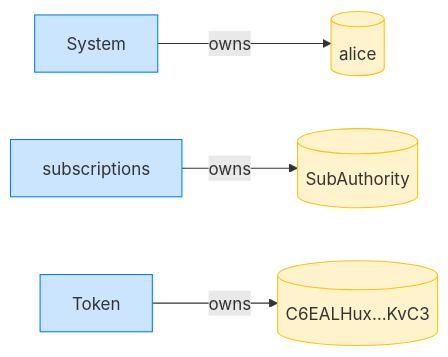
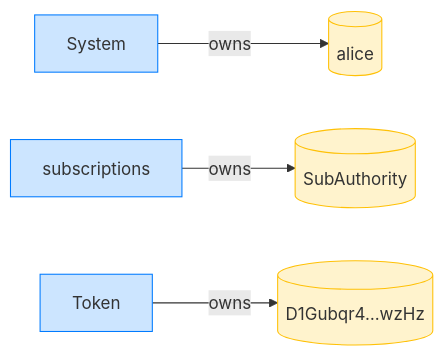
One commit to cds-rs/subscriptions changed the fourth of 12 diagrams in dsl_tests/subscribe-rejects-a-mint-mismatch.md. Above: the diagram before and after it, drawn with Mermaid. The commit also changed other lines of this file and 224 other files, not shown here.

````diff
--- a/dsl_tests/subscribe-rejects-a-mint-mismatch.md
+++ b/dsl_tests/subscribe-rejects-a-mint-mismatch.md
@@ -73,14 +78,14 @@
 ```mermaid
 flowchart LR
     classDef owner fill:#cce5ff,stroke:#007bff;
     classDef account fill:#fff3cd,stroke:#ffc107;
     System[System]:::owner
     alice[(alice)]:::account
     subscriptions[subscriptions]:::owner
     SubAuthority[(SubAuthority)]:::account
     Token[Token]:::owner
-    C6EALHux_KvC3[("C6EALHux…KvC3")]:::account
+    D1Gubqr4_wzHz[("D1Gubqr4…wzHz")]:::account
     System -->|owns| alice
     subscriptions -->|owns| SubAuthority
-    Token -->|owns| C6EALHux_KvC3
+    Token -->|owns| D1Gubqr4_wzHz
 ```
````
